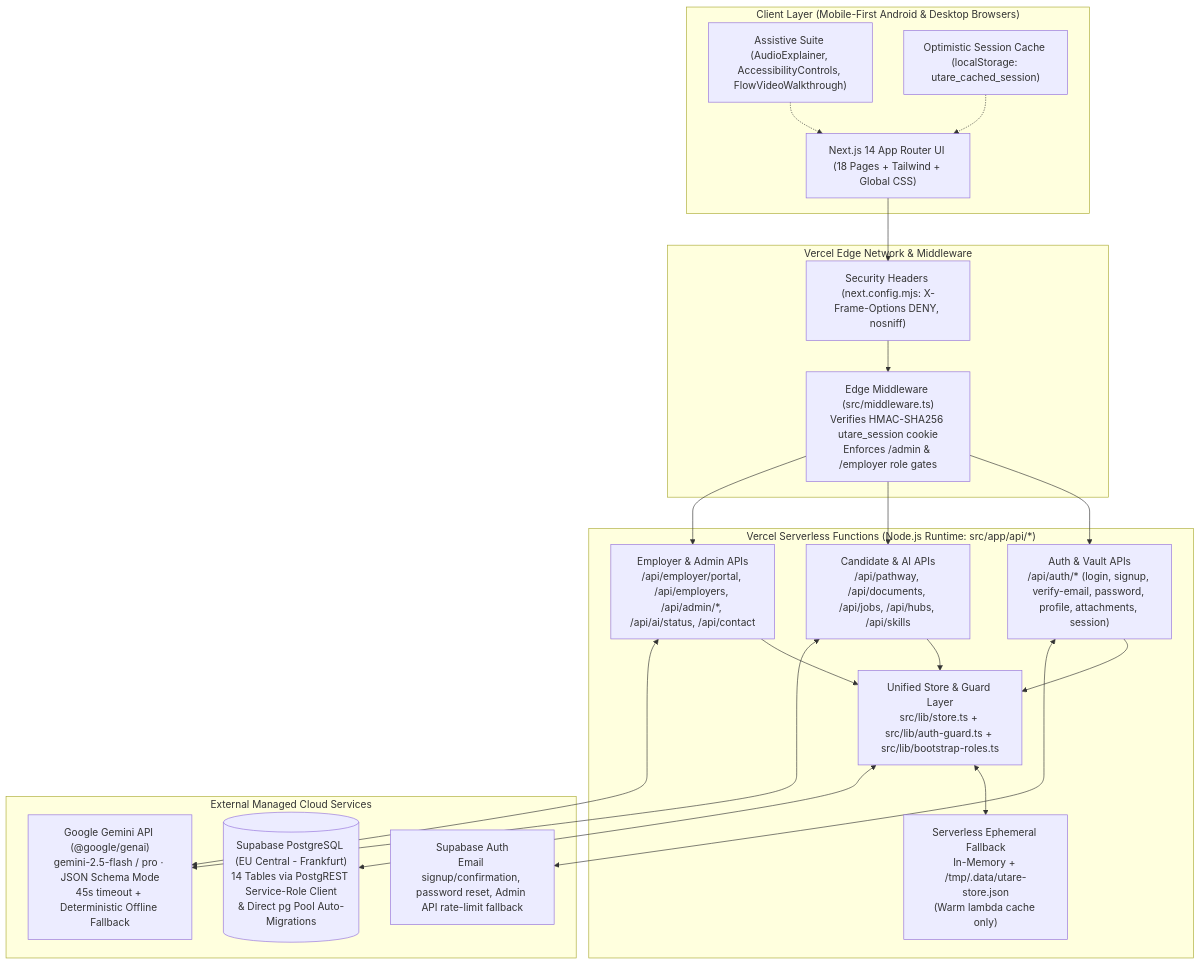
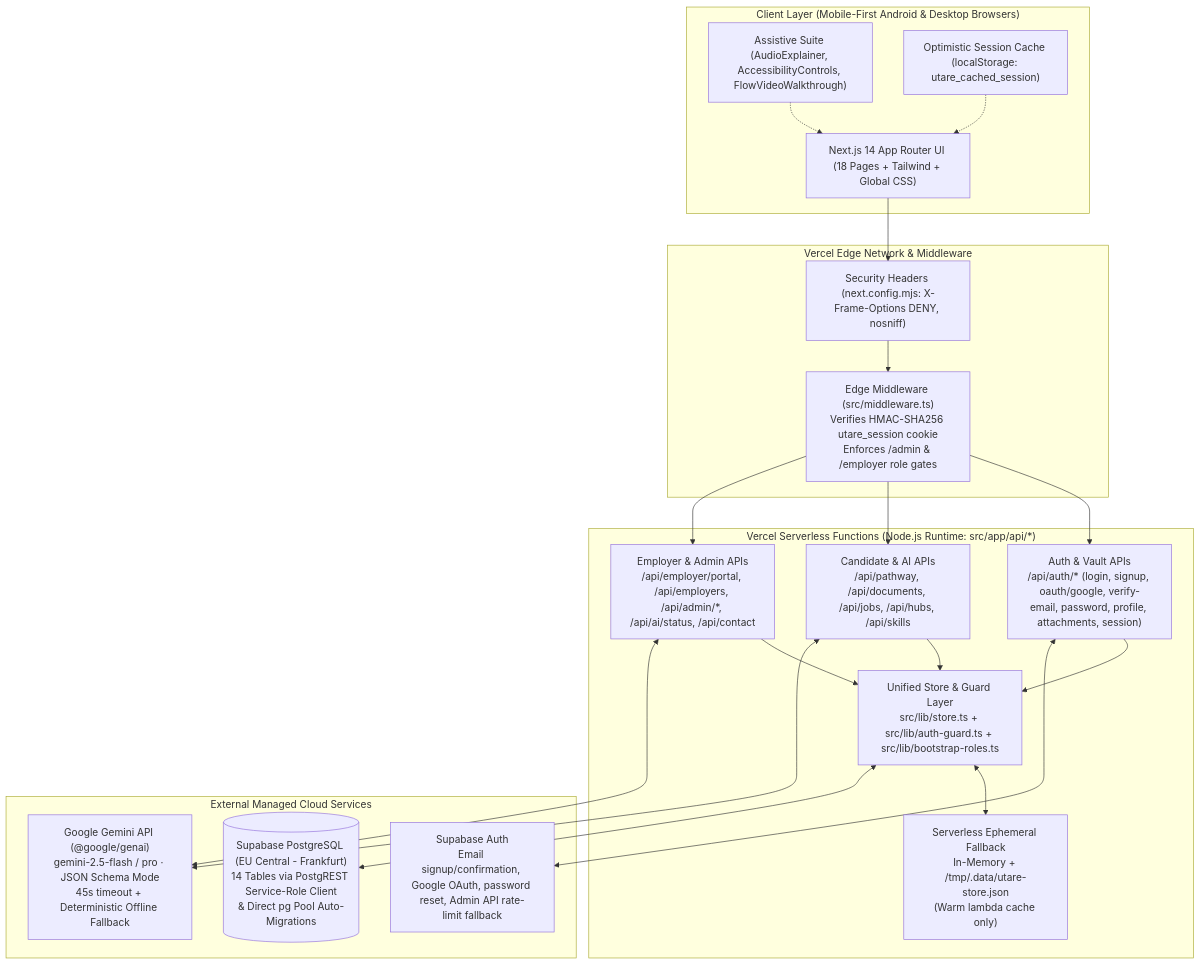
One commit to mangezi64/utare-zisedu-mvp changed the first of 2 diagrams in docs/ARCHITECTURE_AND_TEAM_GUIDE.md. Above: the diagram before and after it, drawn with Mermaid. The commit also changed other lines of this file and 9 other files, not shown here.

Commit message:
docs(auth,ui,faq): align all docs and FAQ with v2.4.0 Google OAuth & Zimbabwe radar visual

````diff
--- a/docs/ARCHITECTURE_AND_TEAM_GUIDE.md
+++ b/docs/ARCHITECTURE_AND_TEAM_GUIDE.md
@@ -9,38 +9,38 @@
 ```mermaid
 flowchart TB
     subgraph Client["Client Layer (Mobile-First Android & Desktop Browsers)"]
         UI["Next.js 14 App Router UI (18 Pages + Tailwind + Global CSS)"]
         Assistive["Assistive Suite (AudioExplainer, AccessibilityControls, FlowVideoWalkthrough)"]
         LocalCache["Optimistic Session Cache (localStorage: utare_cached_session)"]
     end
 
     subgraph VercelEdge["Vercel Edge Network & Middleware"]
         Headers["Security Headers (next.config.mjs: X-Frame-Options DENY, nosniff)"]
         Middleware["Edge Middleware (src/middleware.ts)\nVerifies HMAC-SHA256 utare_session cookie\nEnforces /admin & /employer role gates"]
     end
 
     subgraph VercelServerless["Vercel Serverless Functions (Node.js Runtime: src/app/api/*)"]
-        AuthAPI["Auth & Vault APIs\n/api/auth/* (login, signup, verify-email, password, profile, attachments, session)"]
+        AuthAPI["Auth & Vault APIs\n/api/auth/* (login, signup, oauth/google, verify-email, password, profile, attachments, session)"]
         CandidateAPI["Candidate & AI APIs\n/api/pathway, /api/documents, /api/jobs, /api/hubs, /api/skills"]
         PortalAPI["Employer & Admin APIs\n/api/employer/portal, /api/employers, /api/admin/*, /api/ai/status, /api/contact"]
         StoreEngine["Unified Store & Guard Layer\nsrc/lib/store.ts + src/lib/auth-guard.ts + src/lib/bootstrap-roles.ts"]
         FallbackTmp["Serverless Ephemeral Fallback\nIn-Memory + /tmp/.data/utare-store.json\n(Warm lambda cache only)"]
     end
 
     subgraph CloudServices["External Managed Cloud Services"]
-        SupabaseAuth["Supabase Auth\nEmail signup/confirmation, password reset, Admin API rate-limit fallback"]
+        SupabaseAuth["Supabase Auth\nEmail signup/confirmation, Google OAuth, password reset, Admin API rate-limit fallback"]
         SupabaseDB[("Supabase PostgreSQL (EU Central - Frankfurt)\n14 Tables via PostgREST Service-Role Client\n& Direct pg Pool Auto-Migrations")]
         GeminiAPI["Google Gemini API (@google/genai)\ngemini-2.5-flash / pro · JSON Schema Mode\n45s timeout + Deterministic Offline Fallback"]
     end
 
     UI --> Headers --> Middleware
     Assistive -.-> UI
     LocalCache -.-> UI
     Middleware --> AuthAPI & CandidateAPI & PortalAPI
     AuthAPI & CandidateAPI & PortalAPI --> StoreEngine
     StoreEngine <--> FallbackTmp
     AuthAPI <--> SupabaseAuth
     StoreEngine <--> SupabaseDB
     CandidateAPI <--> GeminiAPI
     PortalAPI <--> GeminiAPI
 ```
````
